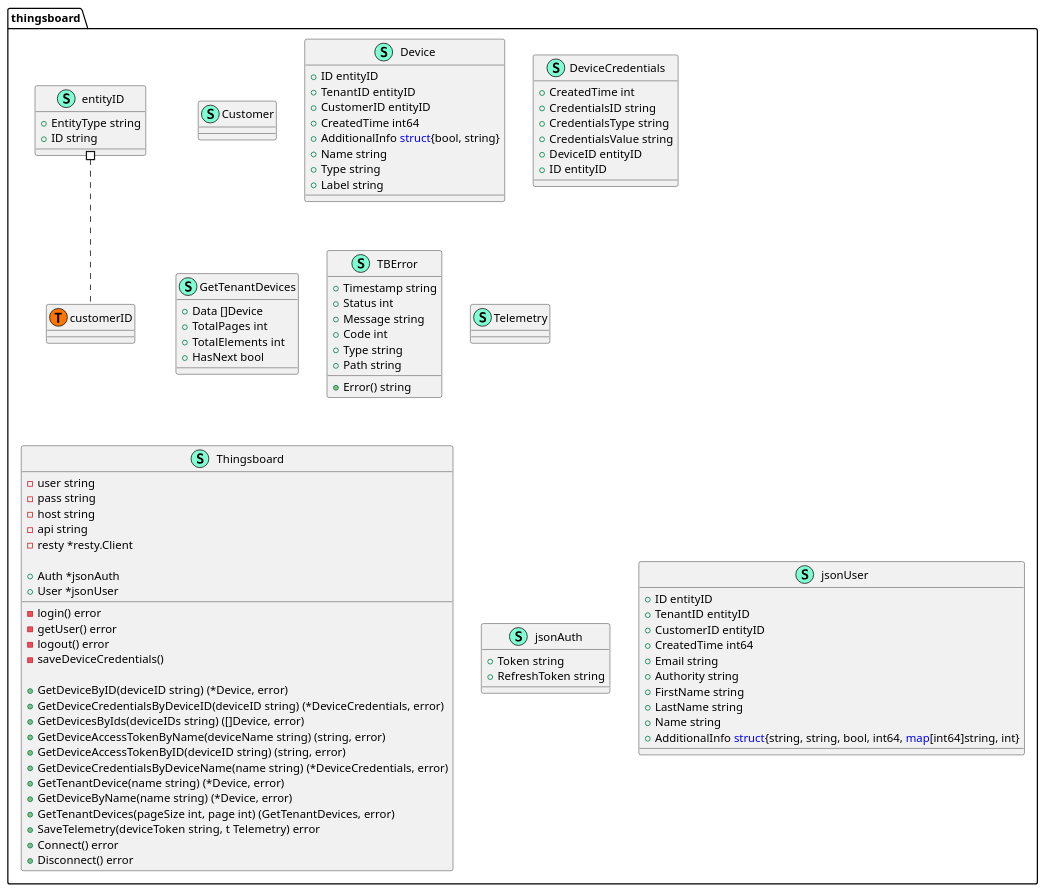
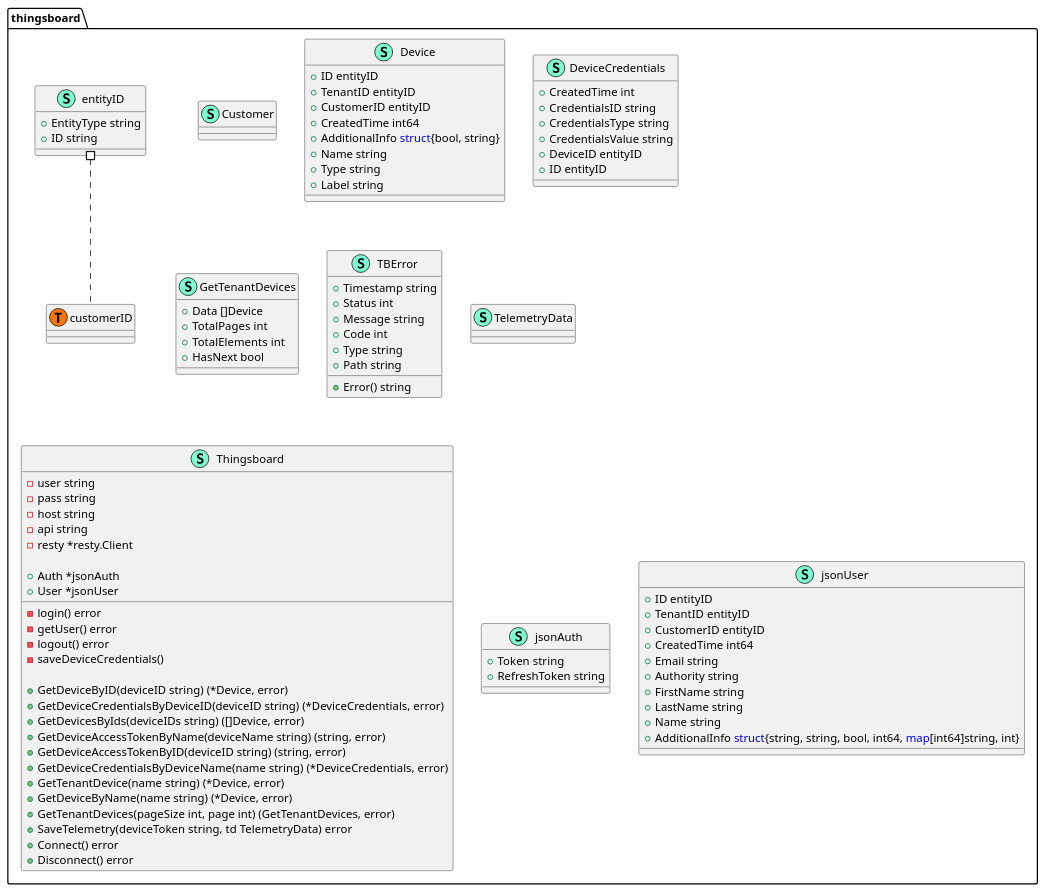
One commit to ASENASystem/thingsboard changed the diagram in DIAGRAM.md. Above: the diagram before and after it, drawn with PlantUML. The commit also changed 3 other files, not shown here.

```diff
--- a/DIAGRAM.md
+++ b/DIAGRAM.md
@@ -41,7 +41,7 @@
         + Error() string
 
     }
-    class Telemetry << (S,Aquamarine) >> {
+    class TelemetryData << (S,Aquamarine) >> {
     }
     class Thingsboard << (S,Aquamarine) >> {
         - user string
@@ -67,7 +67,7 @@
         + GetTenantDevice(name string) (*Device, error)
         + GetDeviceByName(name string) (*Device, error)
         + GetTenantDevices(pageSize int, page int) (GetTenantDevices, error)
-        + SaveTelemetry(deviceToken string, t Telemetry) error
+        + SaveTelemetry(deviceToken string, td TelemetryData) error
         + Connect() error
         + Disconnect() error
 
```
